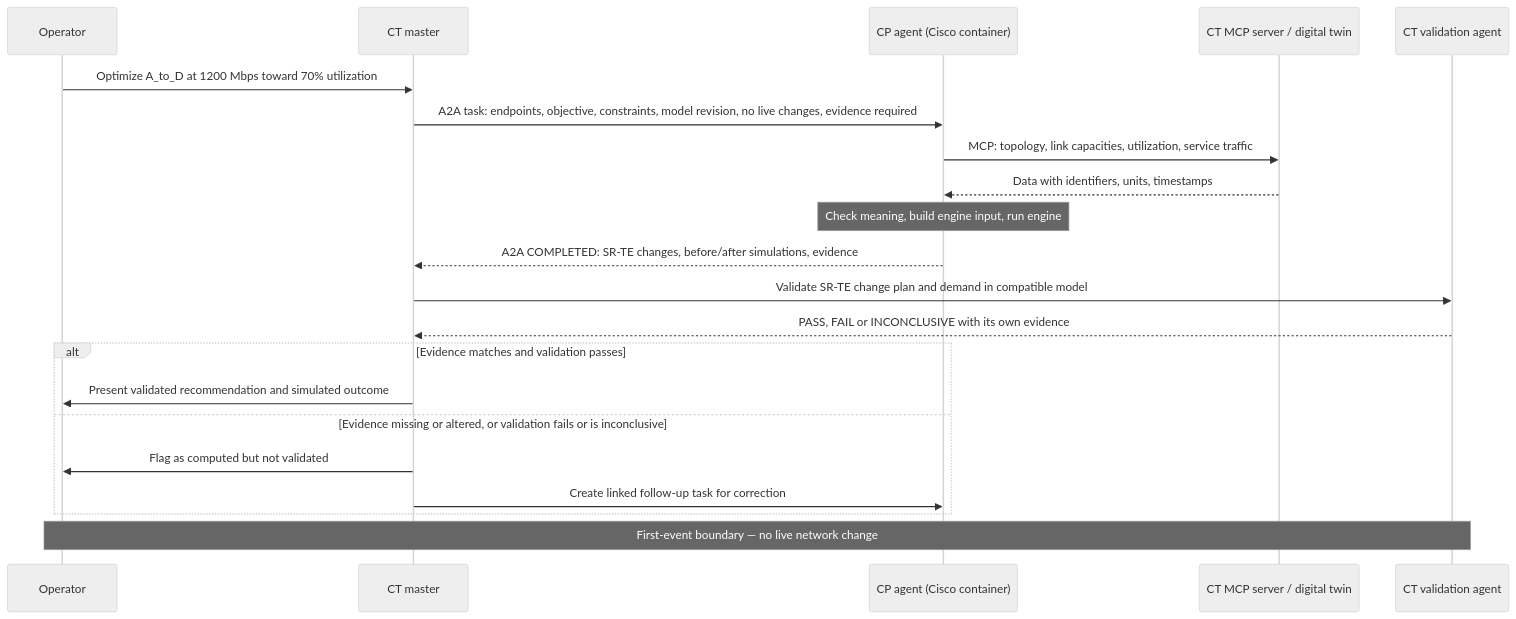
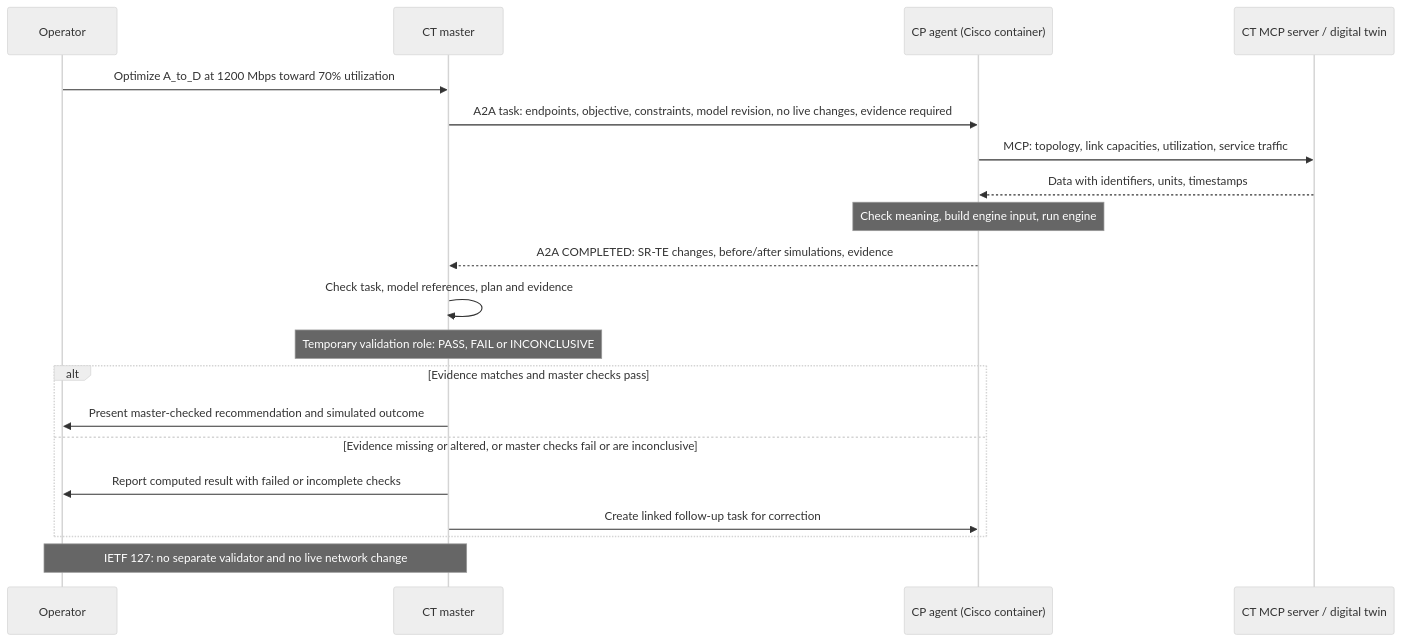
The fourth of 4 diagrams in AINETOPS-IETF127-Hackathon.md (dan-voyer/IETF-Hackathon), drawn with Mermaid (neutral theme) before and after one commit. The commit also changed other lines of this file, not shown here.

Commit message:
Use CT master for IETF 127 checks and defer separate validator to IETF 128

````diff
--- a/AINETOPS-IETF127-Hackathon.md
+++ b/AINETOPS-IETF127-Hackathon.md
@@ -193,23 +194,22 @@
 ```mermaid
 sequenceDiagram
     participant O as Operator
     participant M as CT master
     participant P as CP agent (Cisco container)
     participant S as CT MCP server / digital twin
-    participant V as CT validation agent
     O->>M: Optimize A_to_D at 1200 Mbps toward 70% utilization
     M->>P: A2A task: endpoints, objective, constraints, model revision, no live changes, evidence required
     P->>S: MCP: topology, link capacities, utilization, service traffic
     S-->>P: Data with identifiers, units, timestamps
     Note over P: Check meaning, build engine input, run engine
     P-->>M: A2A COMPLETED: SR-TE changes, before/after simulations, evidence
-    M->>V: Validate SR-TE change plan and demand in compatible model
-    V-->>M: PASS, FAIL or INCONCLUSIVE with its own evidence
-    alt Evidence matches and validation passes
-        M->>O: Present validated recommendation and simulated outcome
-    else Evidence missing or altered, or validation fails or is inconclusive
-        M->>O: Flag as computed but not validated
+    M->>M: Check task, model references, plan and evidence
+    Note over M: Temporary validation role: PASS, FAIL or INCONCLUSIVE
+    alt Evidence matches and master checks pass
+        M->>O: Present master-checked recommendation and simulated outcome
+    else Evidence missing or altered, or master checks fail or are inconclusive
+        M->>O: Report computed result with failed or incomplete checks
         M->>P: Create linked follow-up task for correction
     end
-    Note over O,V: First-event boundary — no live network change
+    Note over O,M: IETF 127: no separate validator and no live network change
 ```
````
